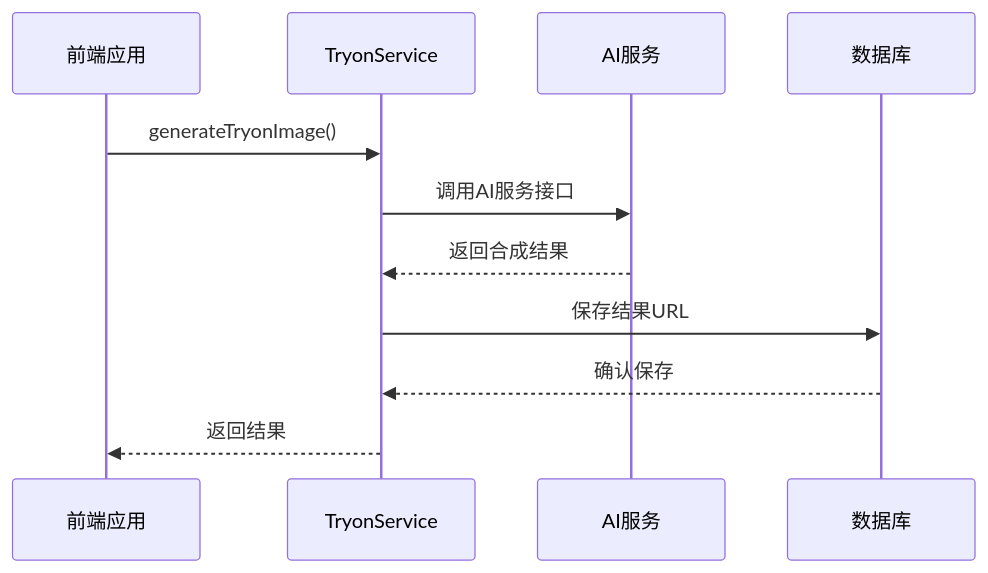
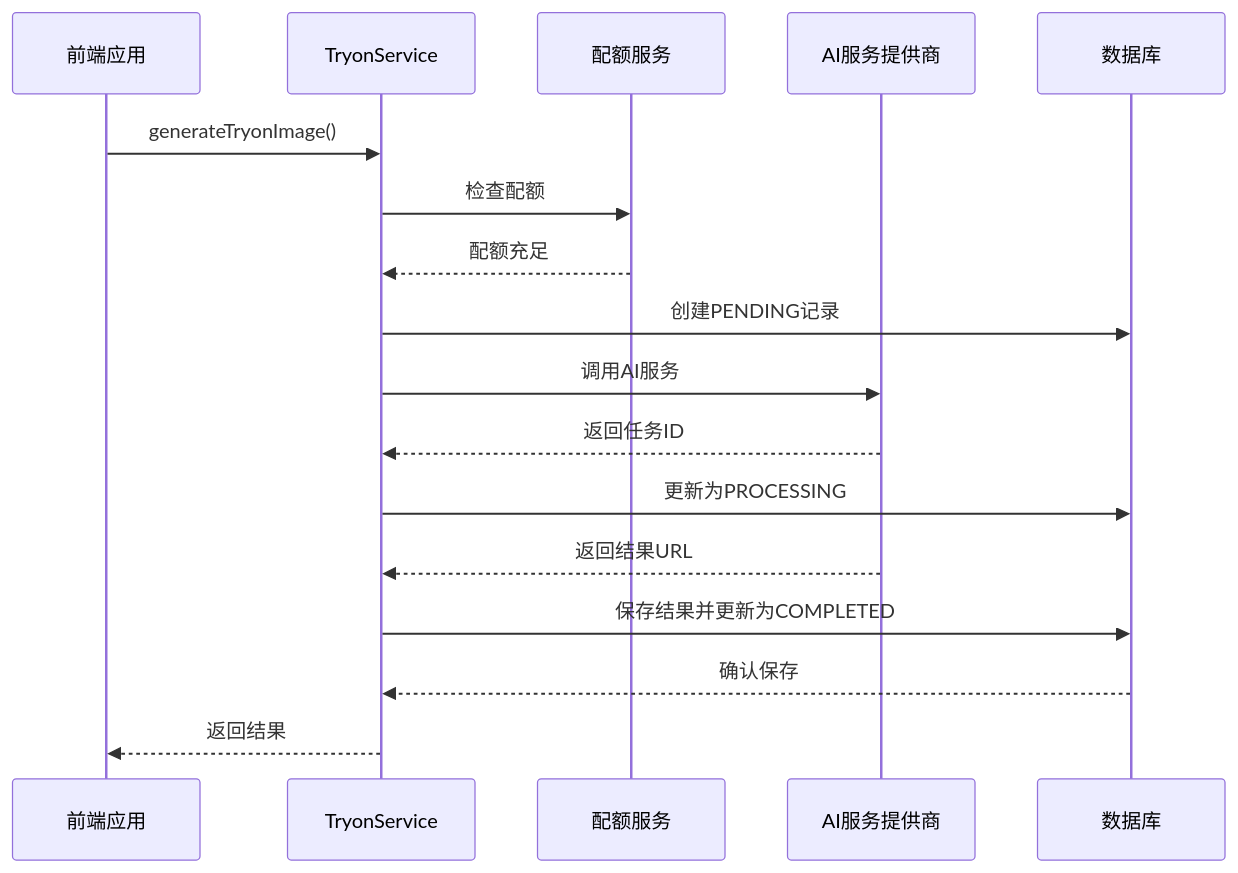
Before and after one commit to lsqwawa/free-dress: diagram 13 of 13 in .qoder/repowiki/zh/content/后端开发指南/核心模块详解/AI试穿模块.md, drawn with Mermaid. The commit also changed other lines of this file and 62 other files, not shown here.

````diff
--- a/.qoder/repowiki/zh/content/后端开发指南/核心模块详解/AI试穿模块.md
+++ b/.qoder/repowiki/zh/content/后端开发指南/核心模块详解/AI试穿模块.md
@@ -564,13 +758,19 @@
 ```mermaid
 sequenceDiagram
 participant Frontend as 前端应用
 participant TryonService as TryonService
-participant AIService as AI服务
+participant AiQuotaService as 配额服务
+participant AiTryonProvider as AI服务提供商
 participant Database as 数据库
 Frontend->>TryonService : generateTryonImage()
-TryonService->>AIService : 调用AI服务接口
-AIService-->>TryonService : 返回合成结果
-TryonService->>Database : 保存结果URL
+TryonService->>AiQuotaService : 检查配额
+AiQuotaService-->>TryonService : 配额充足
+TryonService->>Database : 创建PENDING记录
+TryonService->>AiTryonProvider : 调用AI服务
+AiTryonProvider-->>TryonService : 返回任务ID
+TryonService->>Database : 更新为PROCESSING
+AiTryonProvider-->>TryonService : 返回结果URL
+TryonService->>Database : 保存结果并更新为COMPLETED
 Database-->>TryonService : 确认保存
 TryonService-->>Frontend : 返回结果
 ```
````
